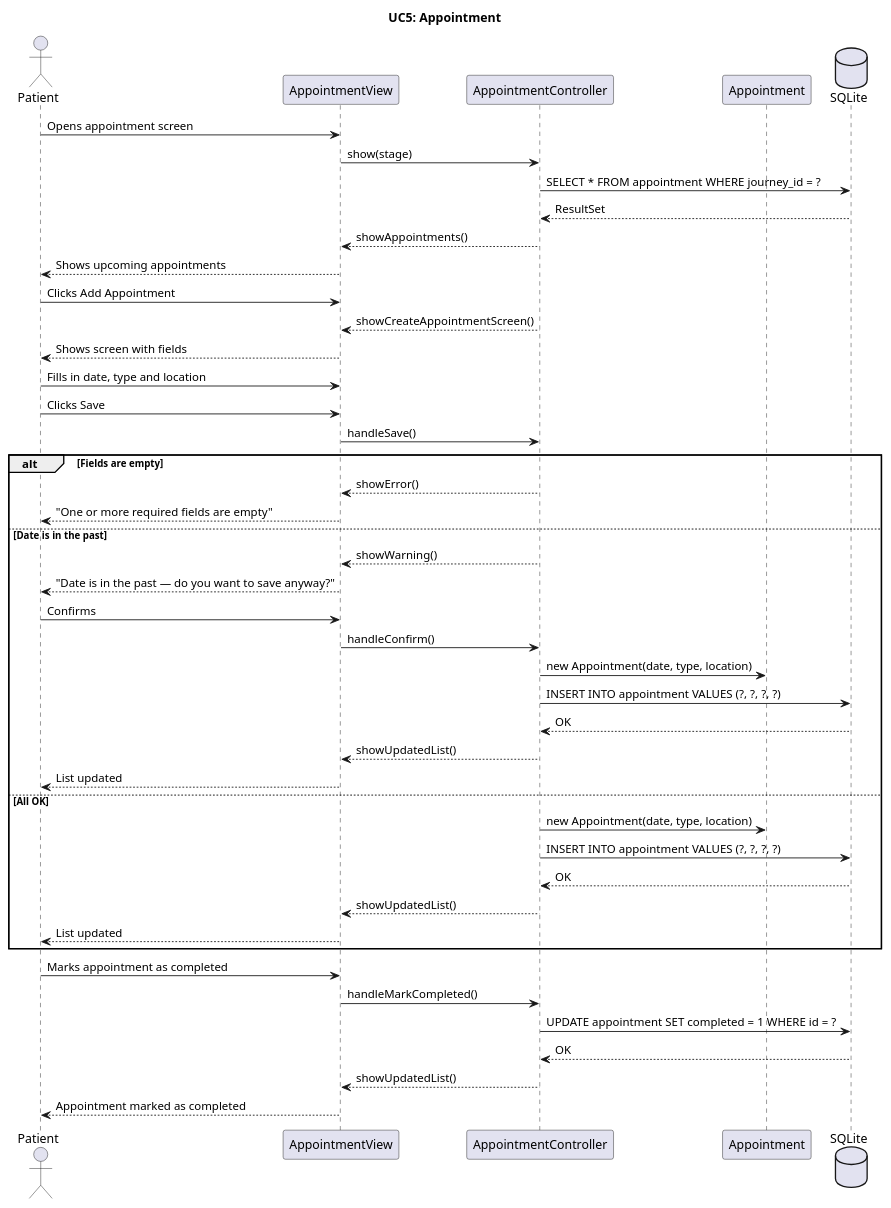
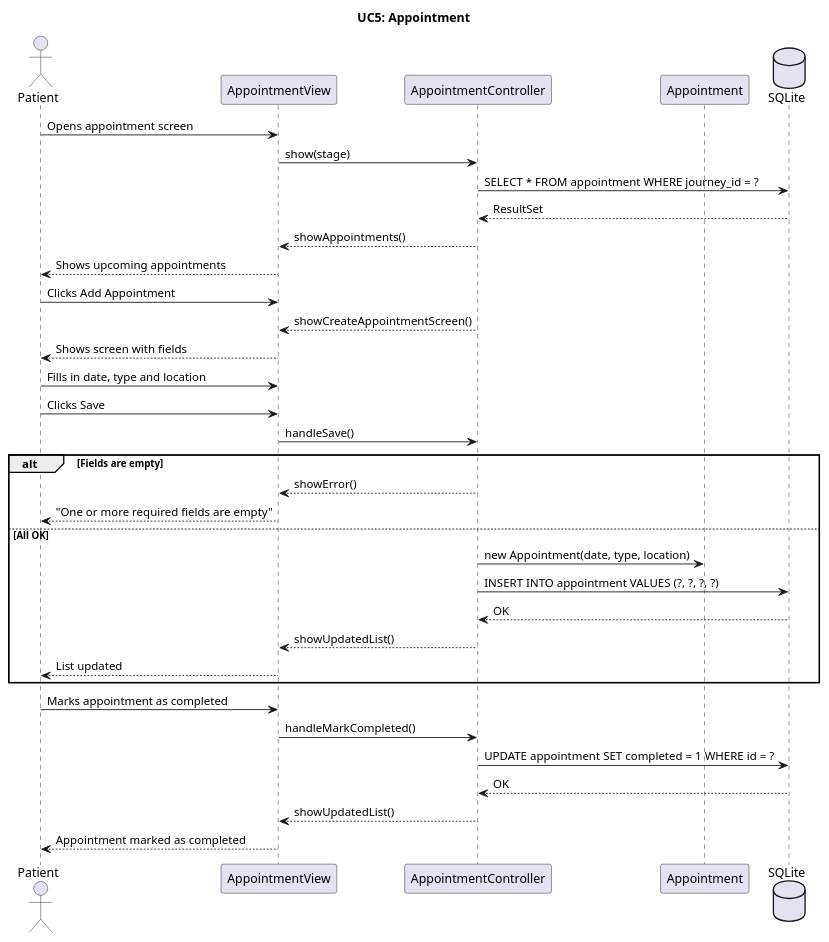
The diagram in doc/dynamic/UC5 - AppointmentController.puml (BesimaP/SP4---MiniSP), drawn with PlantUML before and after one commit. The commit also changed 6 other files, not shown here.

```diff
--- a/doc/dynamic/UC5 - AppointmentController.puml
+++ b/doc/dynamic/UC5 - AppointmentController.puml
@@ -1,55 +1,45 @@
 @startuml
 !pragma layout smetana
 
 title UC5: Appointment
 
 actor "Patient" as u
 participant "AppointmentView" as v
 participant "AppointmentController" as c
 participant "Appointment" as m
 database "SQLite" as db
 
 u -> v : Opens appointment screen
 v -> c : show(stage)
 c -> db : SELECT * FROM appointment WHERE journey_id = ?
 db --> c : ResultSet
 c --> v : showAppointments()
 v --> u : Shows upcoming appointments
 
 u -> v : Clicks Add Appointment
 c --> v : showCreateAppointmentScreen()
 v --> u : Shows screen with fields
 
 u -> v : Fills in date, type and location
 u -> v : Clicks Save
 v -> c : handleSave()
 
 alt Fields are empty
   c --> v : showError()
   v --> u : "One or more required fields are empty"
-else Date is in the past
-  c --> v : showWarning()
-  v --> u : "Date is in the past — do you want to save anyway?"
-  u -> v : Confirms
-  v -> c : handleConfirm()
-  c -> m : new Appointment(date, type, location)
-  c -> db : INSERT INTO appointment VALUES (?, ?, ?, ?)
-  db --> c : OK
-  c --> v : showUpdatedList()
-  v --> u : List updated
 else All OK
   c -> m : new Appointment(date, type, location)
   c -> db : INSERT INTO appointment VALUES (?, ?, ?, ?)
   db --> c : OK
   c --> v : showUpdatedList()
   v --> u : List updated
 end
 
 u -> v : Marks appointment as completed
 v -> c : handleMarkCompleted()
 c -> db : UPDATE appointment SET completed = 1 WHERE id = ?
 db --> c : OK
 c --> v : showUpdatedList()
 v --> u : Appointment marked as completed
 
 @enduml
```
